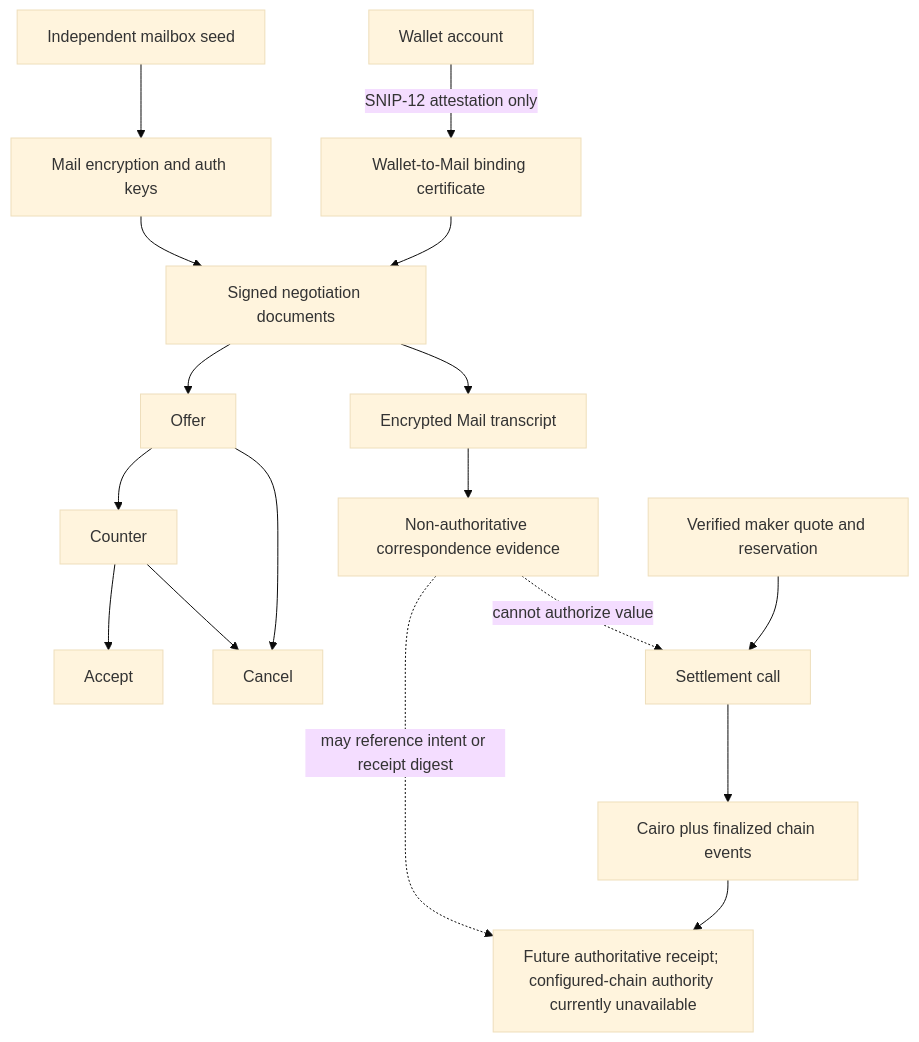
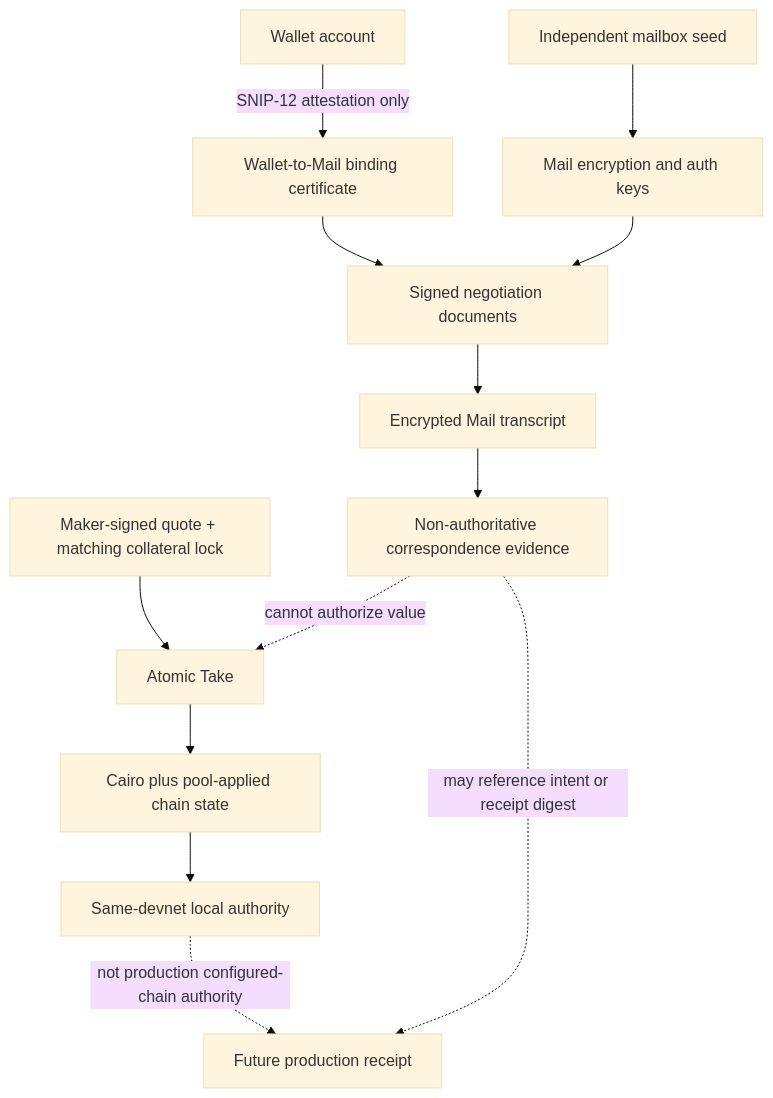
Before and after one commit to gstohl/app20: the fifth of 10 diagrams in docs/APP20_PROCESS_DIAGRAMS.md, drawn with Mermaid (base theme). The commit also changed other lines of this file and 80 other files, not shown here.

````diff
--- a/docs/APP20_PROCESS_DIAGRAMS.md
+++ b/docs/APP20_PROCESS_DIAGRAMS.md
@@ -126,23 +135,18 @@
 ```mermaid
 flowchart TD
     W[Wallet account] -->|SNIP-12 attestation only| K[Wallet-to-Mail binding certificate]
     S[Independent mailbox seed] --> MK[Mail encryption and auth keys]
     K --> N[Signed negotiation documents]
     MK --> N
 
-    N --> O[Offer]
-    O --> C[Counter]
-    C --> AC[Accept]
-    O --> CA[Cancel]
-    C --> CA
-
     N --> T[Encrypted Mail transcript]
     T --> EV[Non-authoritative correspondence evidence]
 
-    Q[Verified maker quote and reservation] --> ST[Settlement call]
-    ST --> CH[Cairo plus finalized chain events]
-    CH --> AR[Future authoritative receipt; configured-chain authority currently unavailable]
+    Q[Maker-signed quote + matching collateral lock] --> ST[Atomic Take]
+    ST --> CH[Cairo plus pool-applied chain state]
+    CH --> LA[Same-devnet local authority]
+    LA -. not production configured-chain authority .-> AR[Future production receipt]
 
     EV -. may reference intent or receipt digest .-> AR
     EV -. cannot authorize value .-> ST
 ```
````
